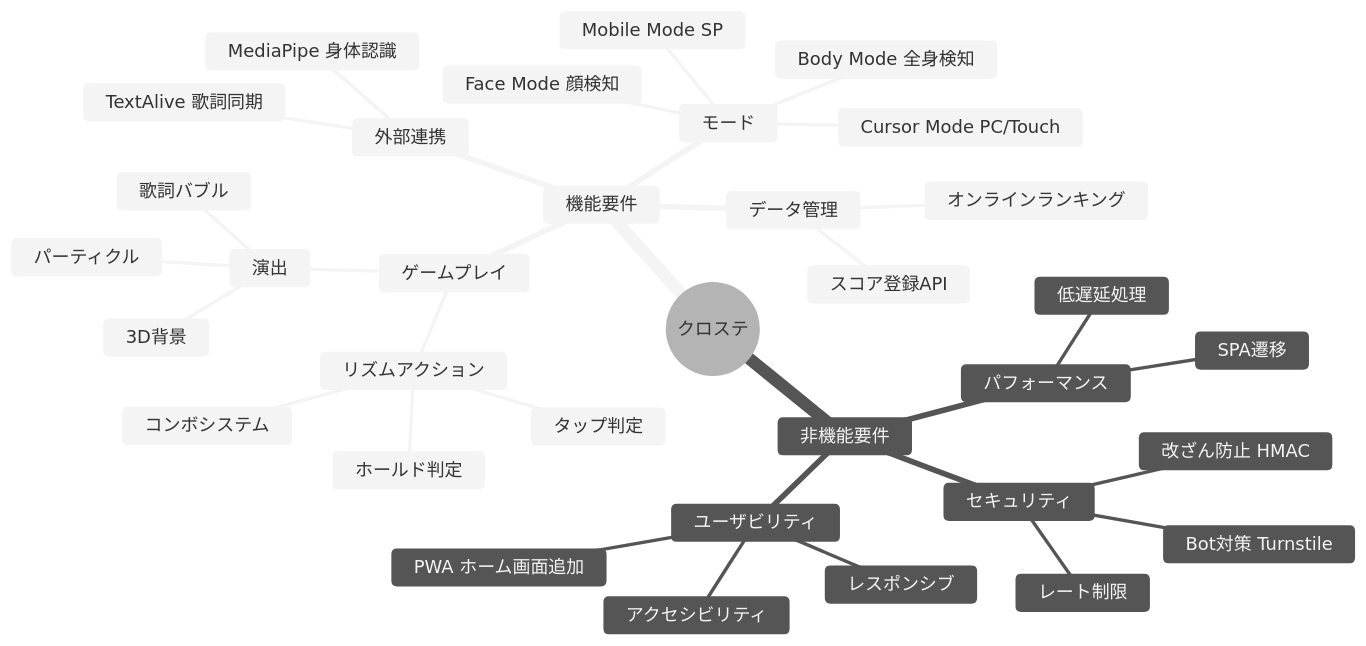
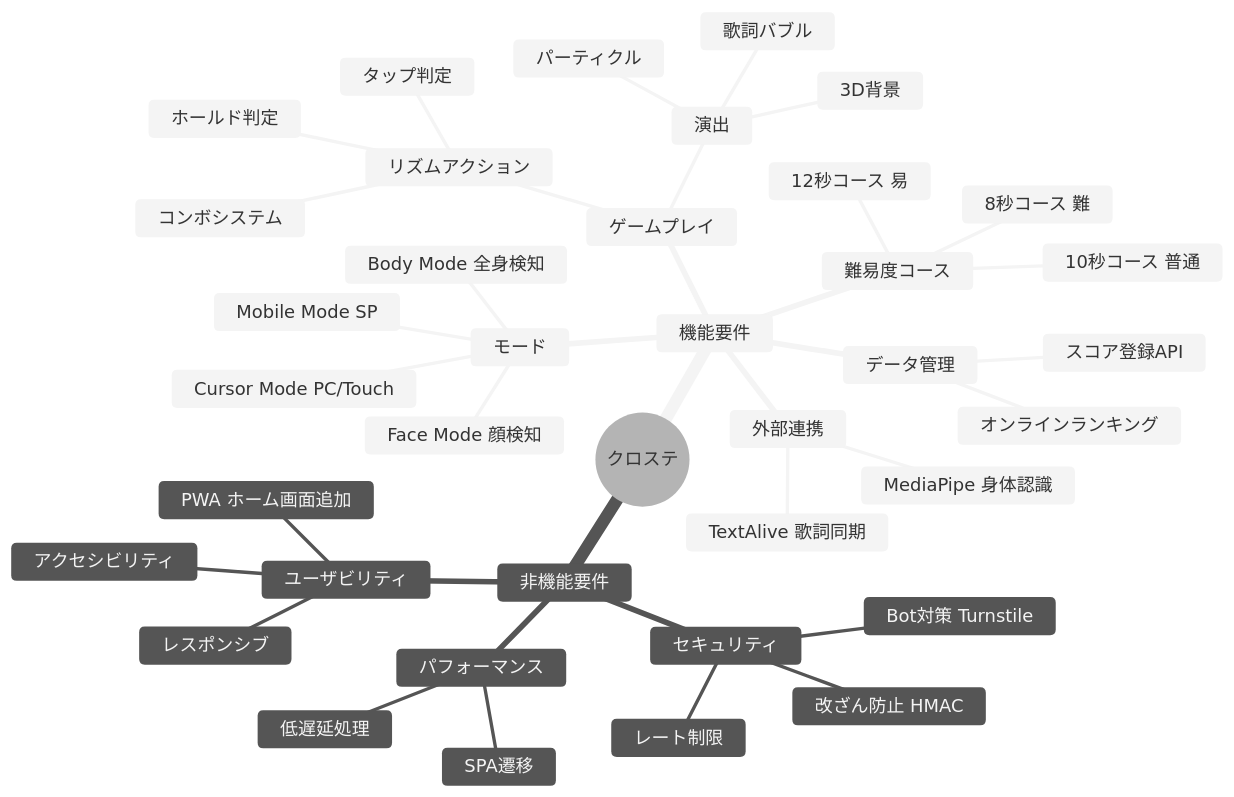
One commit to syusyusyusyu/star changed the fifth of 11 diagrams in README.md. Above: the diagram before and after it, drawn with Mermaid (neutral theme). The commit also changed other lines of this file and 15 other files, not shown here.

````diff
--- a/README.md
+++ b/README.md
@@ -268,37 +282,41 @@
 ```mermaid
 mindmap
   root((クロステ))
     機能要件
       ゲームプレイ
         リズムアクション
           タップ判定
           ホールド判定
           コンボシステム
         演出
           歌詞バブル
           3D背景
           パーティクル
       モード
         Cursor Mode PC/Touch
         Mobile Mode SP
         Body Mode 全身検知
         Face Mode 顔検知
+      難易度コース
+        8秒コース 難
+        10秒コース 普通
+        12秒コース 易
       外部連携
         TextAlive 歌詞同期
         MediaPipe 身体認識
       データ管理
         オンラインランキング
         スコア登録API
     非機能要件
       パフォーマンス
         低遅延処理
         SPA遷移
       セキュリティ
         Bot対策 Turnstile
         改ざん防止 HMAC
         レート制限
       ユーザビリティ
         レスポンシブ
         PWA ホーム画面追加
         アクセシビリティ
 ```
````
